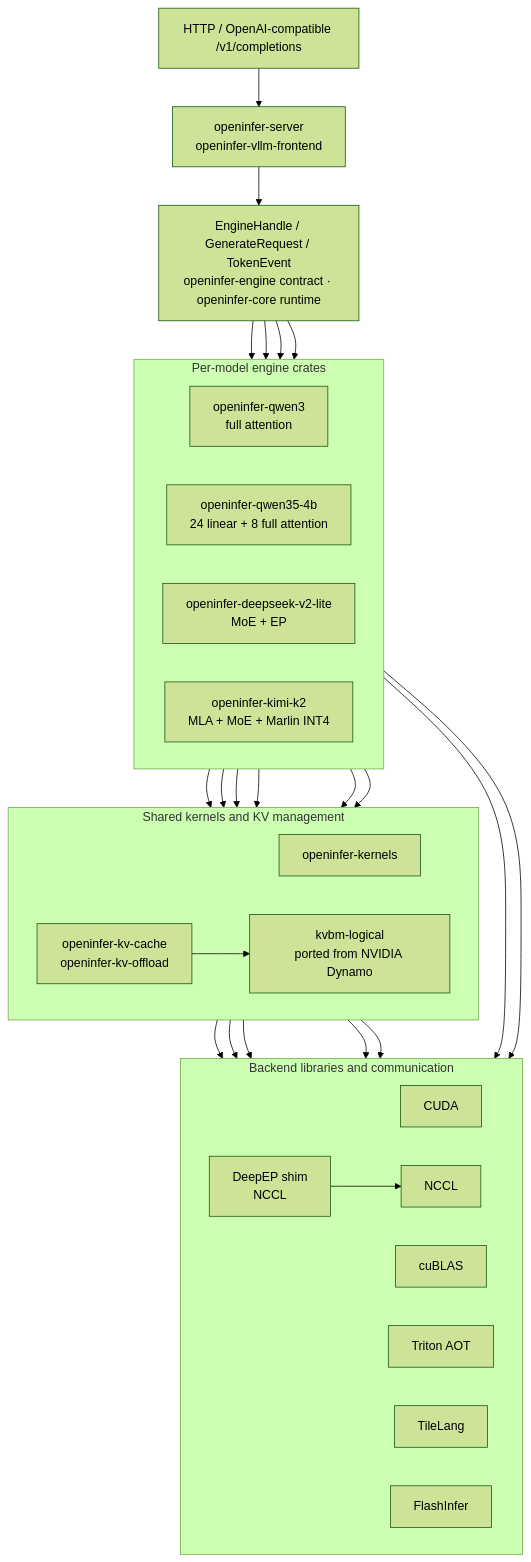
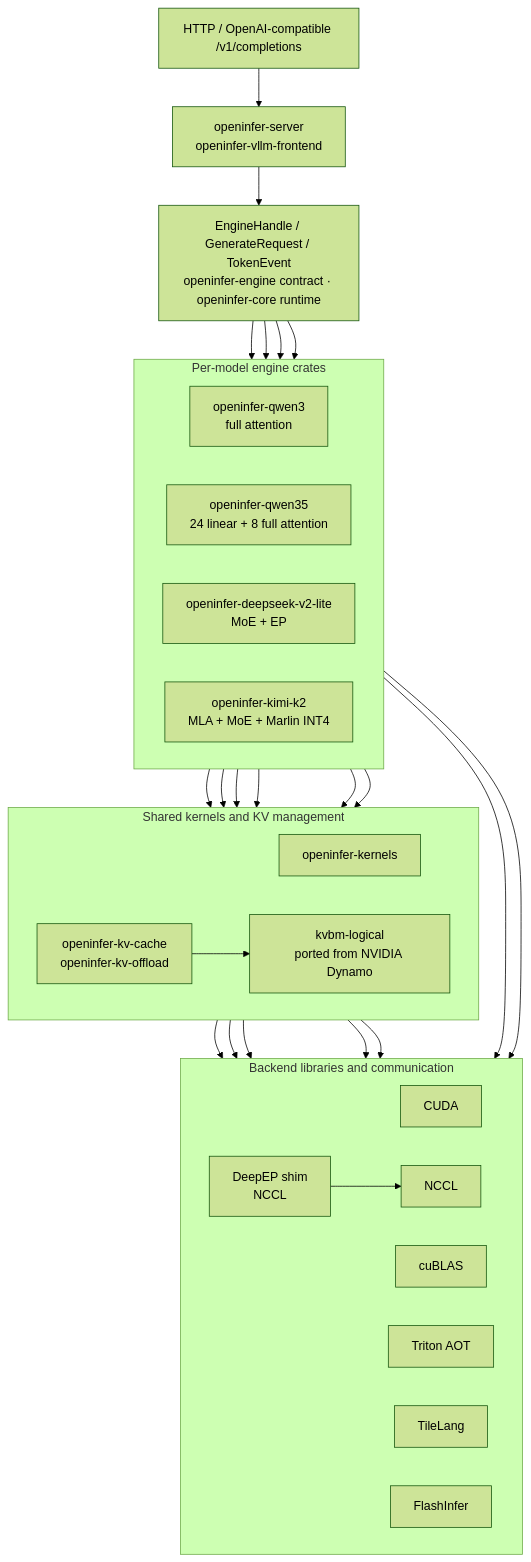
One commit to openinfer-project/openinfer changed the diagram in README.md. Above: the diagram before and after it, drawn with Mermaid (forest theme). The commit also changed other lines of this file and 71 other files, not shown here.

````diff
--- a/README.md
+++ b/README.md
@@ -224,58 +224,58 @@
 ```mermaid
 flowchart TB
     api["HTTP / OpenAI-compatible /v1/completions"]
     frontend["openinfer-server<br/>openinfer-vllm-frontend"]
     runtime["EngineHandle / GenerateRequest / TokenEvent<br/>openinfer-engine contract · openinfer-core runtime"]
 
     api --> frontend
     frontend --> runtime
 
     subgraph engines["Per-model engine crates"]
         direction LR
         qwen3["openinfer-qwen3<br/>full attention"]
-        qwen35["openinfer-qwen35-4b<br/>24 linear + 8 full attention"]
+        qwen35["openinfer-qwen35<br/>24 linear + 8 full attention"]
         dsv2["openinfer-deepseek-v2-lite<br/>MoE + EP"]
         kimi["openinfer-kimi-k2<br/>MLA + MoE + Marlin INT4"]
     end
 
     runtime --> qwen3
     runtime --> qwen35
     runtime --> dsv2
     runtime --> kimi
 
     subgraph shared["Shared kernels and KV management"]
         direction LR
         kernels["openinfer-kernels"]
         kvcache["openinfer-kv-cache<br/>openinfer-kv-offload"]
         kvbm["kvbm-logical<br/>ported from NVIDIA Dynamo"]
     end
 
     qwen3 --> kernels
     qwen35 --> kernels
     dsv2 --> kernels
     kimi --> kernels
 
     qwen3 --> kvcache
     kimi --> kvcache
     kvcache --> kvbm
 
     subgraph backends["Backend libraries and communication"]
         direction LR
         cuda["CUDA"]
         cublas["cuBLAS"]
         triton["Triton AOT"]
         tilelang["TileLang"]
         flashinfer["FlashInfer"]
         nccl["NCCL"]
         deepep["DeepEP shim<br/>NCCL"]
     end
 
     kernels --> cuda
     kernels --> cublas
     kernels --> triton
     kernels --> tilelang
     kernels --> flashinfer
     dsv2 --> nccl
     kimi --> deepep
     deepep --> nccl
 ```
````
